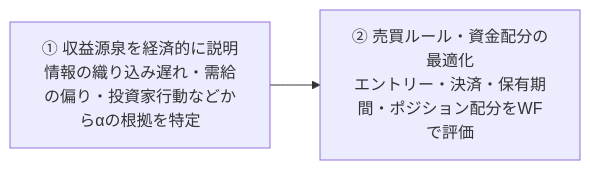
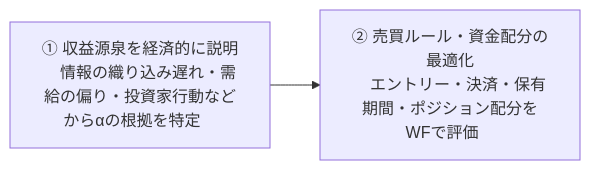
Before and after one commit to ki6051ns/PEAD01: the diagram in README.md, drawn with Mermaid.

Commit message:
docs: add horizontal padding to two Mermaid workflow boxes

````diff
--- a/README.md
+++ b/README.md
@@ -9,6 +9,6 @@
 ```mermaid
 flowchart LR
-    A["① 収益源泉を経済的に説明<br/>情報の織り込み遅れ・需給の偏り・投資家行動などからαの根拠を特定"]
-    B["② 売買ルール・資金配分の最適化<br/>エントリー・決済・保有期間・ポジション配分をWFで評価"]
+    A["① 収益源泉を経済的に説明<br/>&emsp;情報の織り込み遅れ・需給の偏り・投資家行動などからαの根拠を特定&emsp;"]
+    B["② 売買ルール・資金配分の最適化<br/>&emsp;エントリー・決済・保有期間・ポジション配分をWFで評価&emsp;"]
     A --> B
 ```
````
